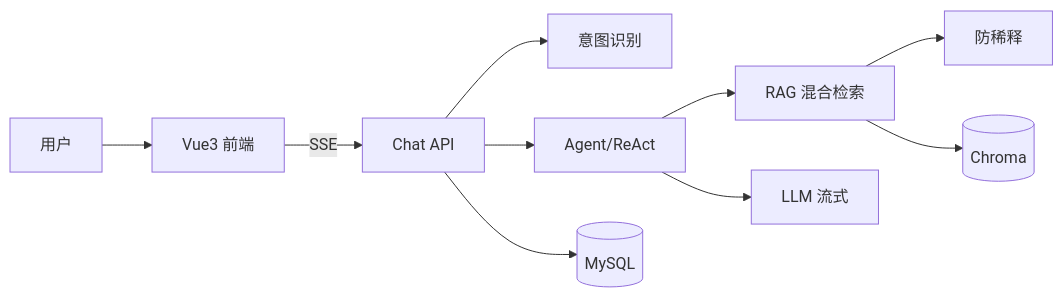
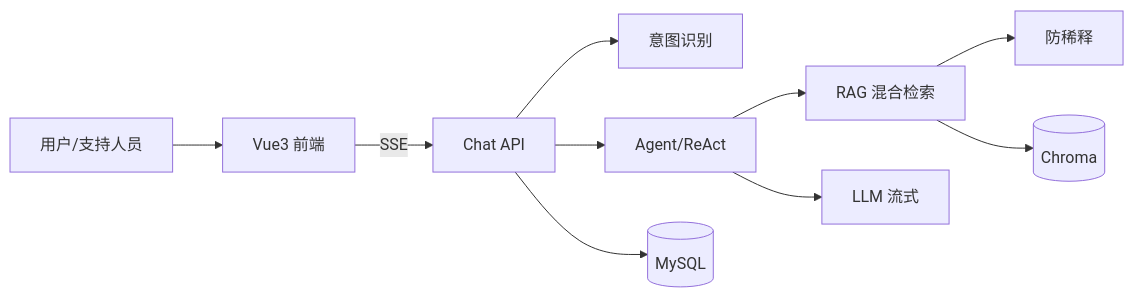
Before and after one commit to tangyu1719/haici-intelligent-customer-service: the second of 2 diagrams in 项目说明.md, drawn with Mermaid. The commit also changed other lines of this file and 15 other files, not shown here.

````diff
--- a/项目说明.md
+++ b/项目说明.md
@@ -30,12 +54,12 @@
 ```mermaid
 flowchart LR
-    U[用户] --> F[Vue3 前端]
+    U[用户/支持人员] --> F[Vue3 前端]
     F -->|SSE| C[Chat API]
     C --> I[意图识别]
     C --> A[Agent/ReAct]
     A --> R[RAG 混合检索]
     R --> AD[防稀释]
     A --> L[LLM 流式]
     R --> CH[(Chroma)]
     C --> DB[(MySQL)]
 ```
````
